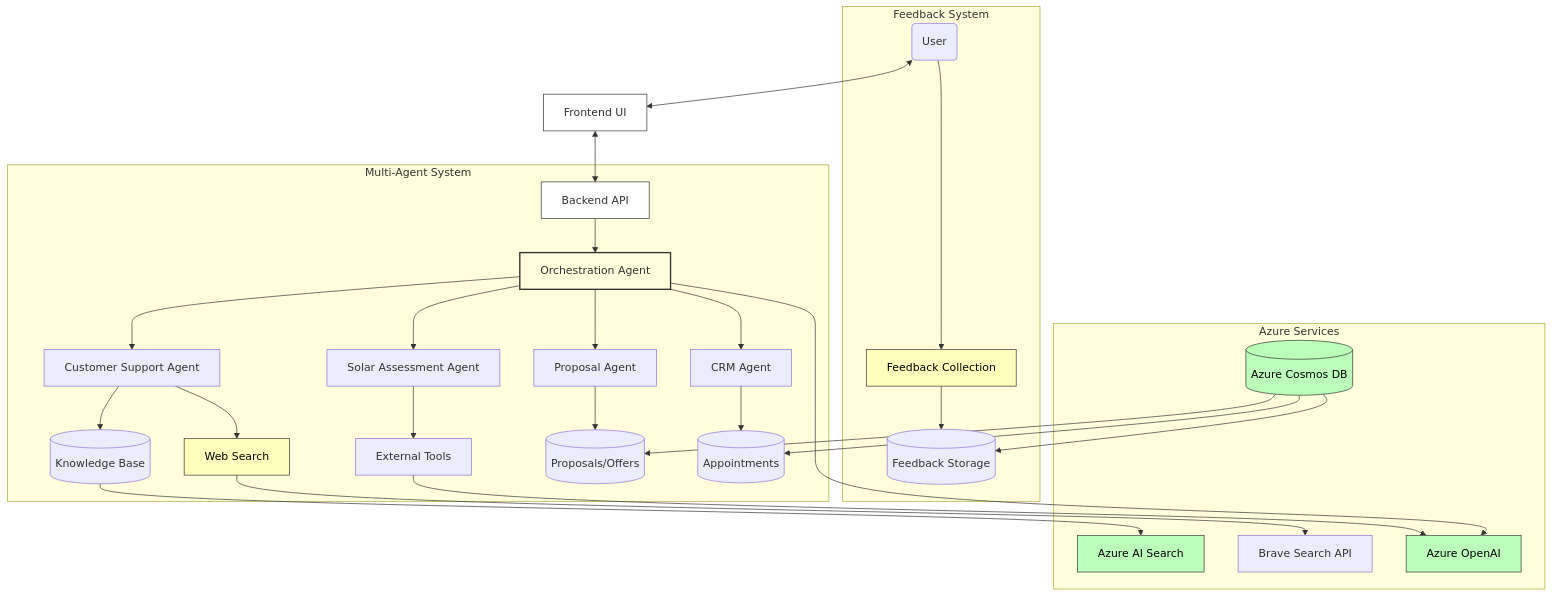
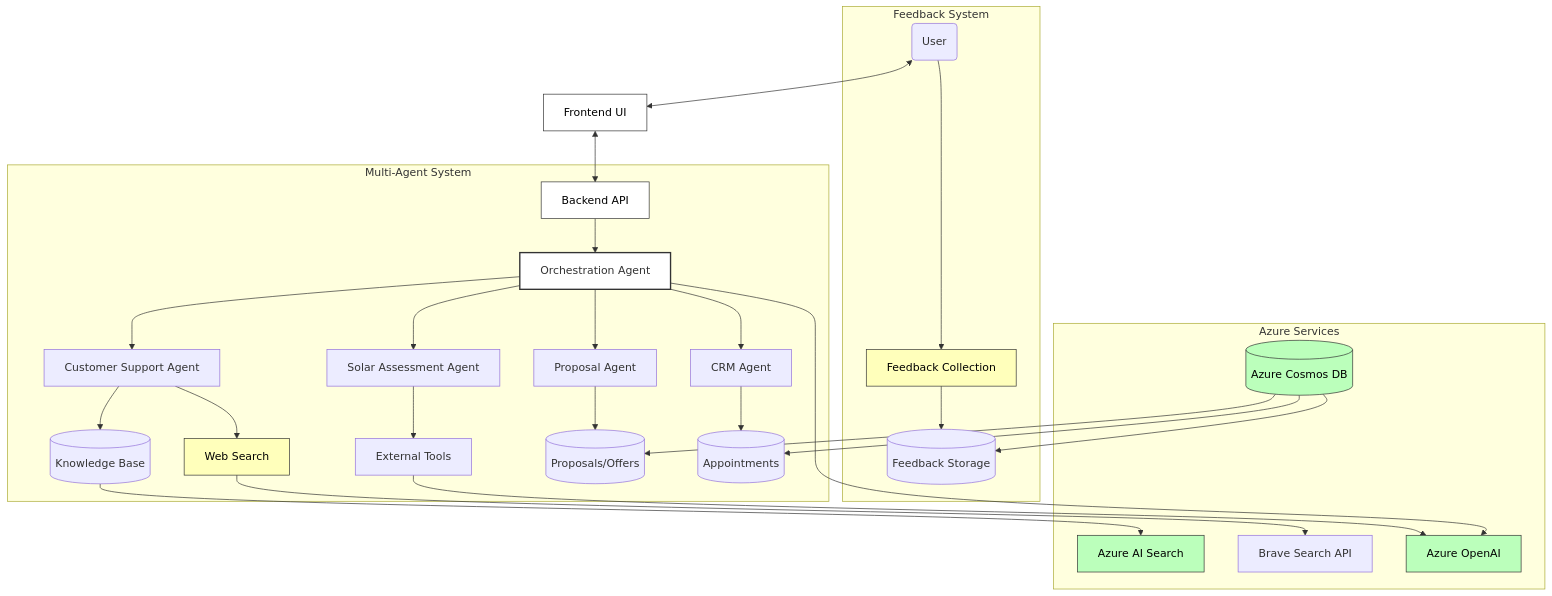
Before and after one commit to JoshuaLevi/DemoSolar: the diagram in README.md, drawn with Mermaid.

````diff
--- a/README.md
+++ b/README.md
@@ -16,66 +16,67 @@
 ```mermaid
 flowchart TD
  subgraph subGraph0["Multi-Agent System"]
         Orchestrator["Orchestration Agent"]
         API["Backend API"]
         CS["Customer Support Agent"]
         SA["Solar Assessment Agent"]
         PA["Proposal Agent"]
         CRM["CRM Agent"]
         KB[("Knowledge Base")]
         WebSearch["Web Search"]
         Tools["External Tools"]
         Offers[("Proposals/Offers")]
         Appointments[("Appointments")]
   end
  subgraph subGraph1["Feedback System"]
         FC["Feedback Collection"]
         User("User")
         FeedbackDB[("Feedback Storage")]
   end
  subgraph subGraph2["Azure Services"]
         AzSearch["Azure AI Search"]
         BraveAPI["Brave Search API"]
         AzOpenAI["Azure OpenAI"]
         CosmosDB[("Azure Cosmos DB")]
   end
     User <--> Frontend["Frontend UI"]
     Frontend <--> API
     API --> Orchestrator
     Orchestrator --> CS & SA & PA & CRM & AzOpenAI
     CS --> KB & WebSearch
     SA --> Tools
     PA --> Offers
     CRM --> Appointments
     User --> FC
     FC --> FeedbackDB
     KB --> AzSearch
     WebSearch --> BraveAPI
     Tools --> AzOpenAI
     CosmosDB --> Appointments & Offers & FeedbackDB
 
      Orchestrator:::primary
      API:::secondary
      WebSearch:::utility
      FC:::utility
      AzSearch:::azure
      AzOpenAI:::azure
      CosmosDB:::azure
      Frontend:::secondary
     classDef primary fill:#f9f,stroke:#333,stroke-width:2px
     classDef secondary fill:#bbf,stroke:#333,stroke-width:1px
     classDef azure fill:#bfb,stroke:#333,stroke-width:1px
     classDef utility fill:#ffb,stroke:#333,stroke-width:1px
-    style Orchestrator fill:transparent
-    style API fill:#FFFFFF
+    style Orchestrator fill:#FFFFFF
+    style API fill:#FFFFFF,color:#000000
     style WebSearch color:#000000
     style FC color:#000000
     style AzSearch color:#000000
     style AzOpenAI color:#000000
     style CosmosDB color:#000000
-    style Frontend fill:#FFFFFF
+    style Frontend fill:#FFFFFF,color:#000000
+
 
 
 
 
 ```
````
